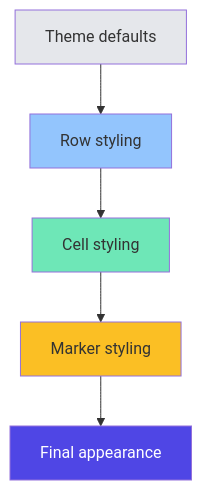
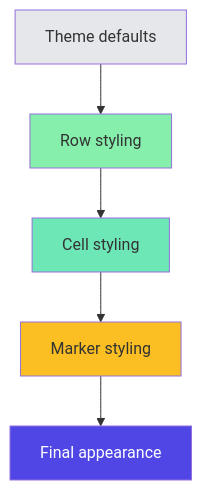
One commit to kaskarn/tabviz changed the second of 2 diagrams in docs/concepts/styling-cascade.qmd. Above: the diagram before and after it, drawn with Mermaid. The commit also changed other lines of this file and 16 other files, not shown here.

````diff
--- a/docs/concepts/styling-cascade.qmd
+++ b/docs/concepts/styling-cascade.qmd
@@ -14,13 +147,13 @@
 ```{mermaid}
 flowchart TB
     A["Theme defaults"] --> B["Row styling"]
     B --> C["Cell styling"]
     C --> D["Marker styling"]
     D --> E["Final appearance"]
 
     style A fill:#e5e7eb
-    style B fill:#93c5fd
+    style B fill:#86efac
     style C fill:#6ee7b7
     style D fill:#fbbf24
     style E fill:#4f46e5,color:#fff
 ```
````
